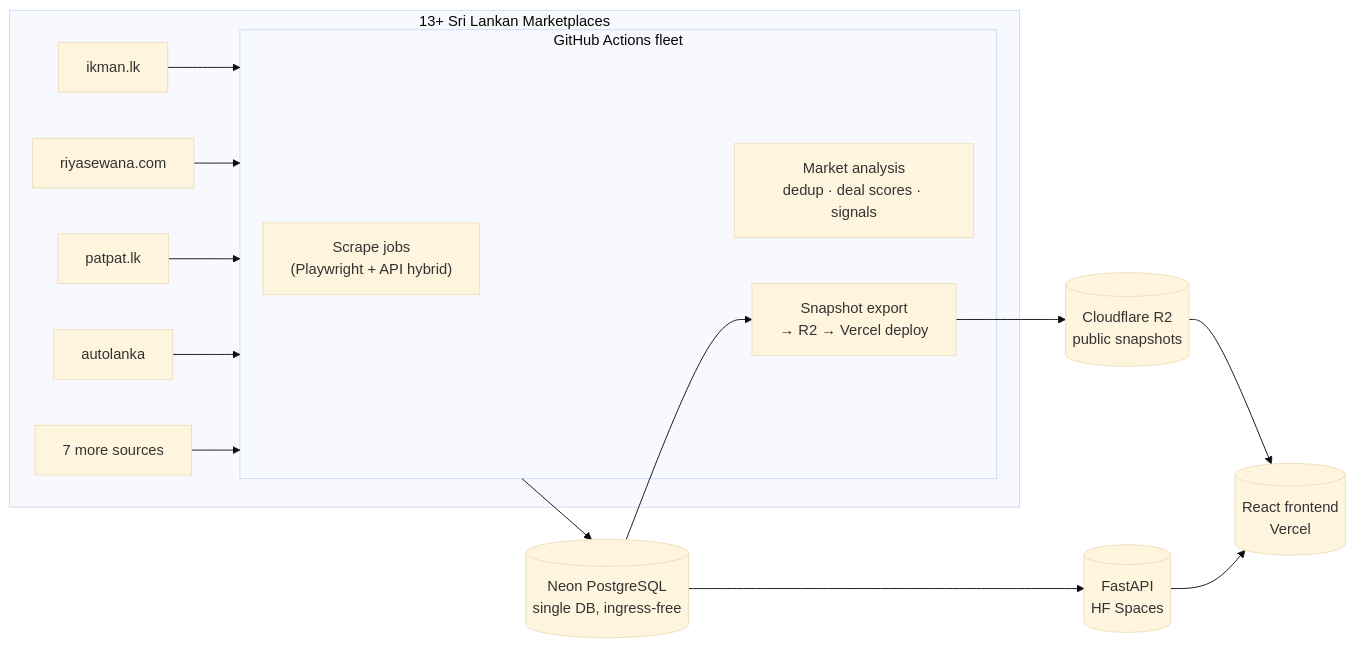
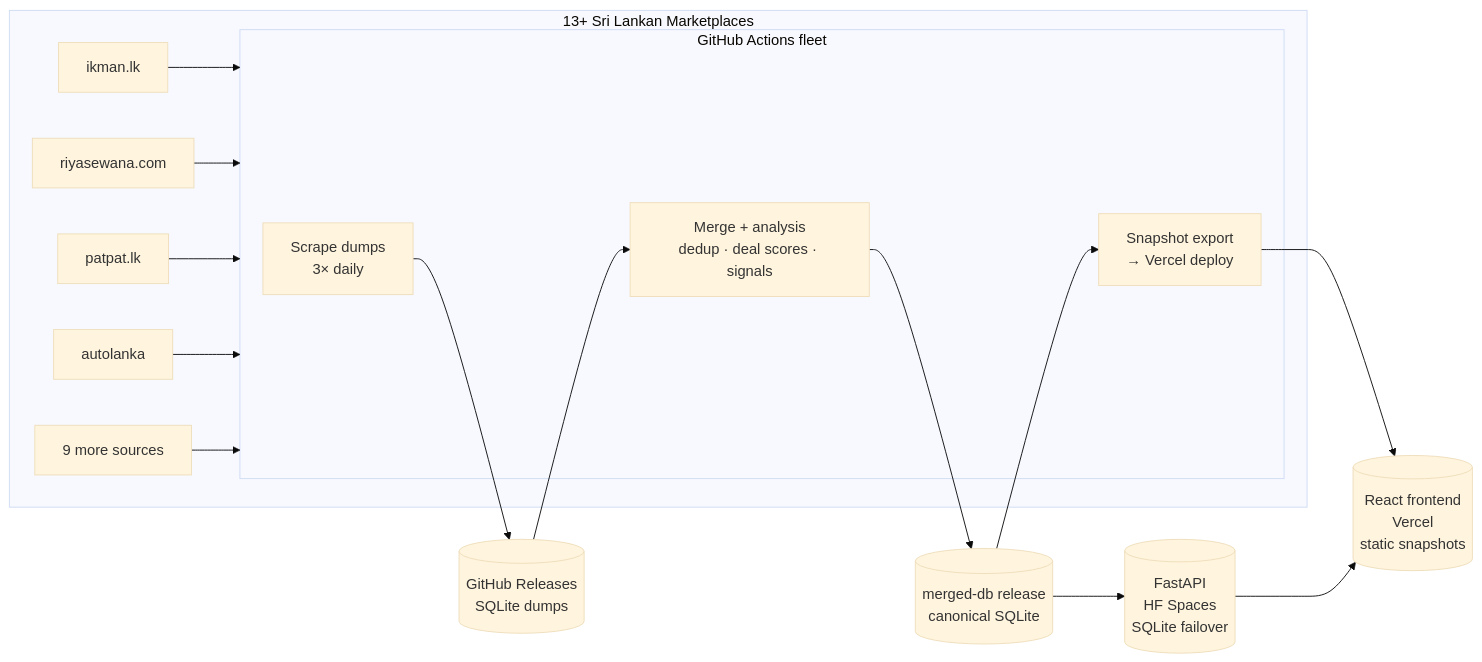
The diagram in README.md (SuvenSeo/Vehicle-Platform), drawn with Mermaid (base theme) before and after one commit. The commit also changed other lines of this file, not shown here.

Commit message:
docs: refresh README — fix stale facts (275k listings, 3x daily, SQLite), improve visuals, add CI badge

````diff
--- a/README.md
+++ b/README.md
@@ -106,23 +119,24 @@
 ```mermaid
 flowchart LR
     subgraph Sources["13+ Sri Lankan Marketplaces"]
         IK[ikman.lk] --> GH
         RI[riyasewana.com] --> GH
         PA[patpat.lk] --> GH
         AL[autolanka] --> GH
-        OT[7 more sources] --> GH
+        OT[9 more sources] --> GH
     end
 
     subgraph GH["GitHub Actions fleet"]
-        SC["Scrape jobs<br/>(Playwright + API hybrid)"]
-        MA["Market analysis<br/>dedup · deal scores · signals"]
-        EX["Snapshot export<br/>→ R2 → Vercel deploy"]
+        SC["Scrape dumps<br/>3× daily"]
+        MA["Merge + analysis<br/>dedup · deal scores · signals"]
+        EX["Snapshot export<br/>→ Vercel deploy"]
     end
 
-    GH --> NEON[("Neon PostgreSQL<br/>single DB, ingress-free")]
-    NEON --> EX
-    EX --> R2[("Cloudflare R2<br/>public snapshots")]
-    R2 --> FE[("React frontend<br/>Vercel")]
-    NEON --> API[("FastAPI<br/>HF Spaces")]
+    SC --> REL[("GitHub Releases<br/>SQLite dumps")]
+    REL --> MA
+    MA --> REL2[("merged-db release<br/>canonical SQLite")]
+    REL2 --> EX
+    EX --> FE[("React frontend<br/>Vercel<br/>static snapshots")]
+    REL2 --> API[("FastAPI<br/>HF Spaces<br/>SQLite failover")]
     API --> FE
 ```
````
